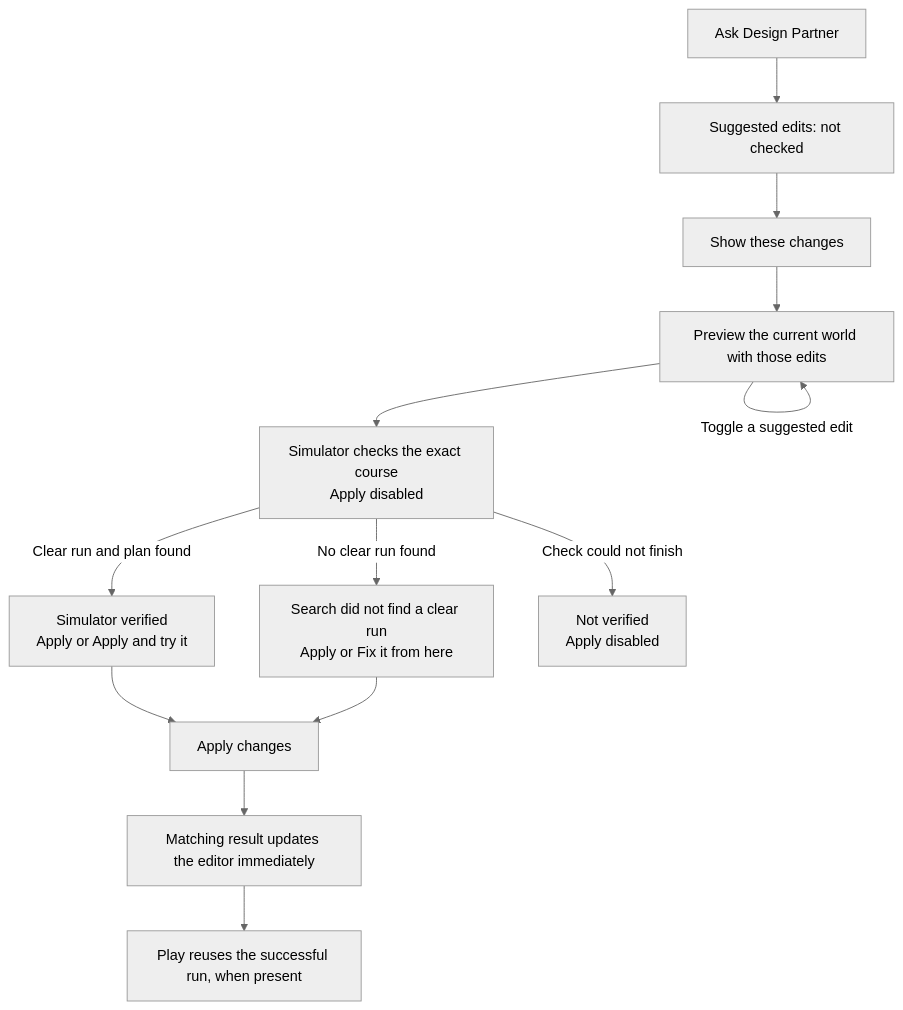
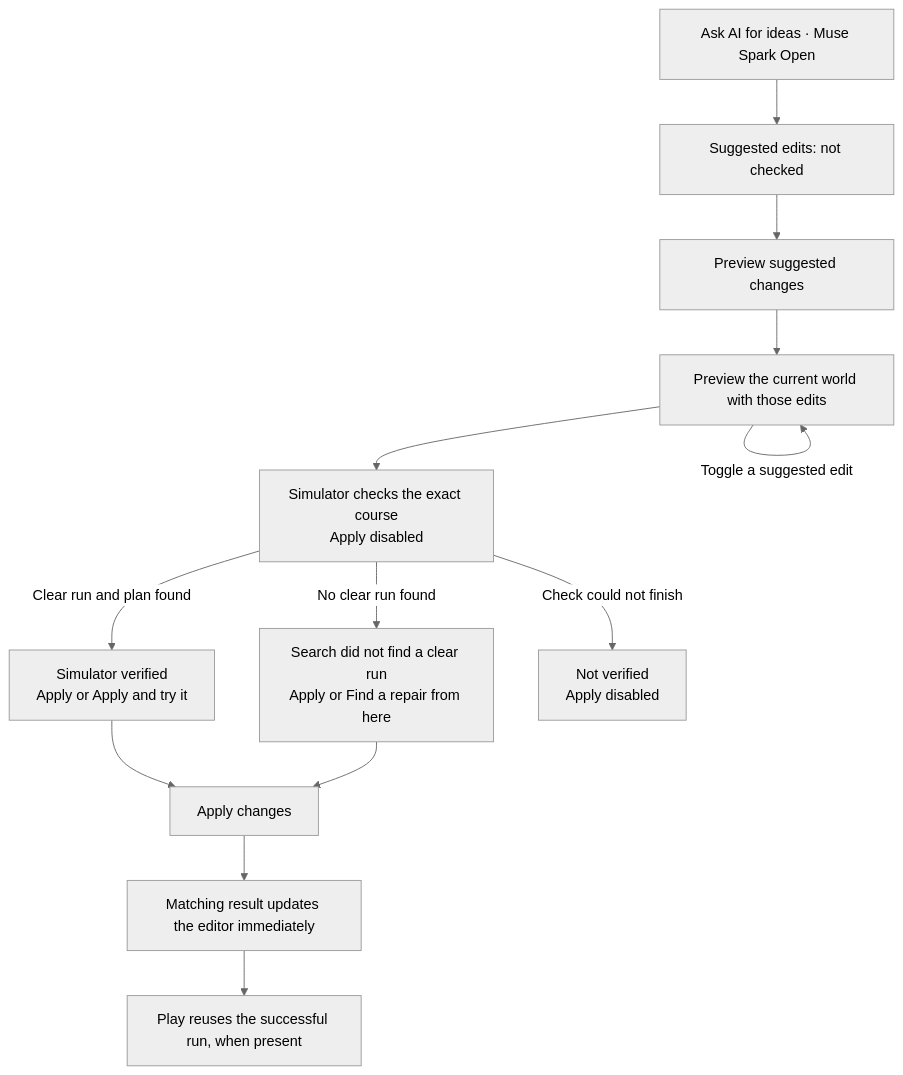
One commit to gitgithan/conquercourse changed the second of 3 diagrams in docs/editor-proof-flow.md. Above: the diagram before and after it, drawn with Mermaid (neutral theme). The commit also changed other lines of this file and 13 other files, not shown here.

Commit message:
Editor: distinguish simulator repairs from AI design ideas

````diff
--- a/docs/editor-proof-flow.md
+++ b/docs/editor-proof-flow.md
@@ -24,15 +60,15 @@
 ```mermaid
 flowchart TD
-  A["Ask Design Partner"] --> B["Suggested edits: not checked"]
-  B --> C["Show these changes"]
+  A["Ask AI for ideas · Muse Spark Open"] --> B["Suggested edits: not checked"]
+  B --> C["Preview suggested changes"]
   C --> D["Preview the current world with those edits"]
   D --> E["Simulator checks the exact course<br/>Apply disabled"]
   E -->|"Clear run and plan found"| F["Simulator verified<br/>Apply or Apply and try it"]
-  E -->|"No clear run found"| G["Search did not find a clear run<br/>Apply or Fix it from here"]
+  E -->|"No clear run found"| G["Search did not find a clear run<br/>Apply or Find a repair from here"]
   E -->|"Check could not finish"| H["Not verified<br/>Apply disabled"]
   F --> I["Apply changes"]
   G --> I
   I --> J["Matching result updates the editor immediately"]
   J --> K["Play reuses the successful run, when present"]
   D -->|"Toggle a suggested edit"| D
 ```
````
